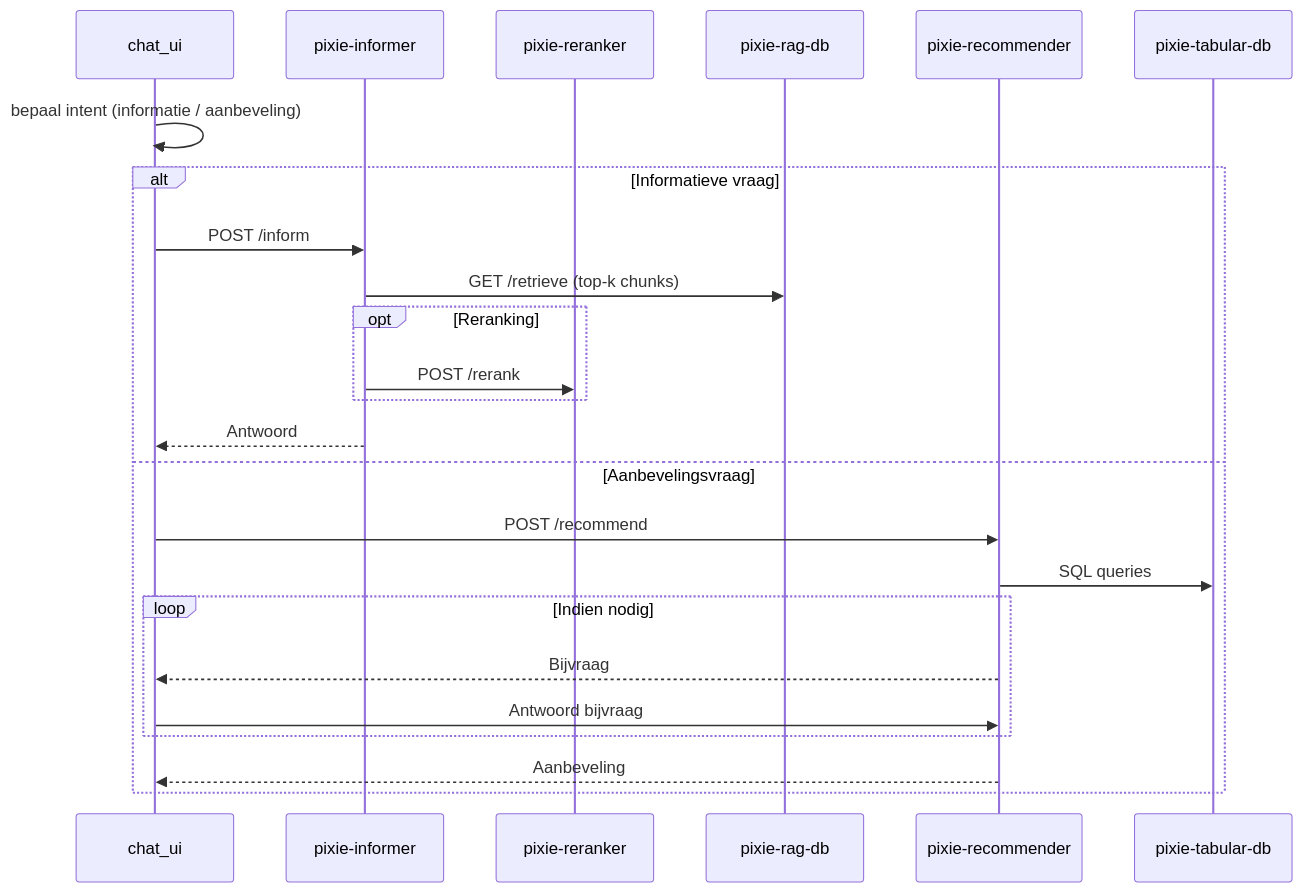
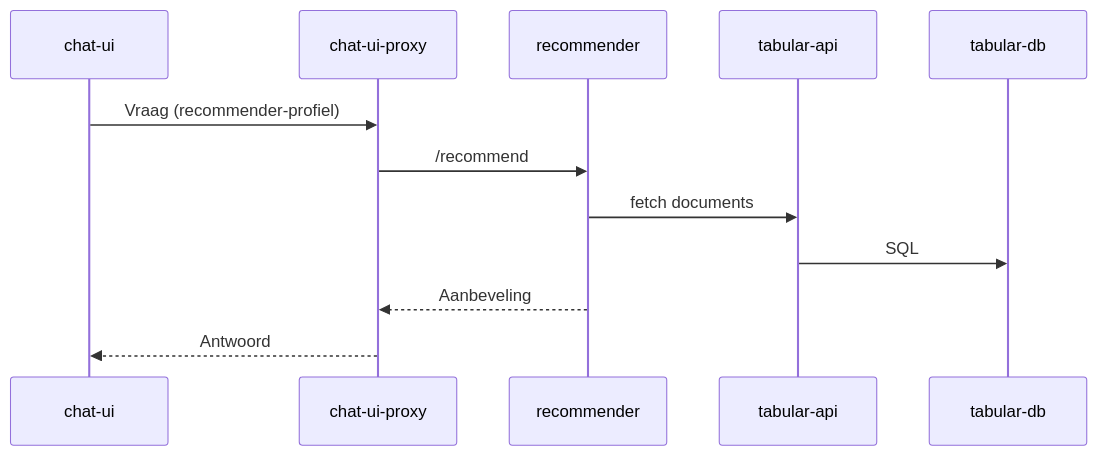
Before and after one commit to pxl-research/PiXie: the second of 3 diagrams in README.md, drawn with Mermaid. The commit also changed other lines of this file, not shown here.

````diff
--- a/README.md
+++ b/README.md
@@ -75,27 +56,15 @@
 ```mermaid
 sequenceDiagram
-    participant C as chat_ui
-    participant I as pixie-informer
-    participant RR as pixie-reranker
-    participant R as pixie-rag-db
-    participant REC as pixie-recommender
-    participant T as pixie-tabular-db
+    participant C as chat-ui
+    participant P as chat-ui-proxy
+    participant REC as recommender
+    participant TAPI as tabular-api
+    participant TDB as tabular-db
 
-    C->>C: bepaal intent (informatie / aanbeveling)
-    alt Informatieve vraag
-        C->>I: POST /inform
-        I->>R: GET /retrieve (top-k chunks)
-        opt Reranking
-            I->>RR: POST /rerank
-        end
-        I-->>C: Antwoord
-    else Aanbevelingsvraag
-        C->>REC: POST /recommend
-        REC->>T: SQL queries
-        loop Indien nodig
-            REC-->>C: Bijvraag
-            C->>REC: Antwoord bijvraag
-        end
-        REC-->>C: Aanbeveling
-    end
+    C->>P: Vraag (recommender-profiel)
+    P->>REC: /recommend
+    REC->>TAPI: fetch documents
+    TAPI->>TDB: SQL
+    REC-->>P: Aanbeveling
+    P-->>C: Antwoord
 ```
````
